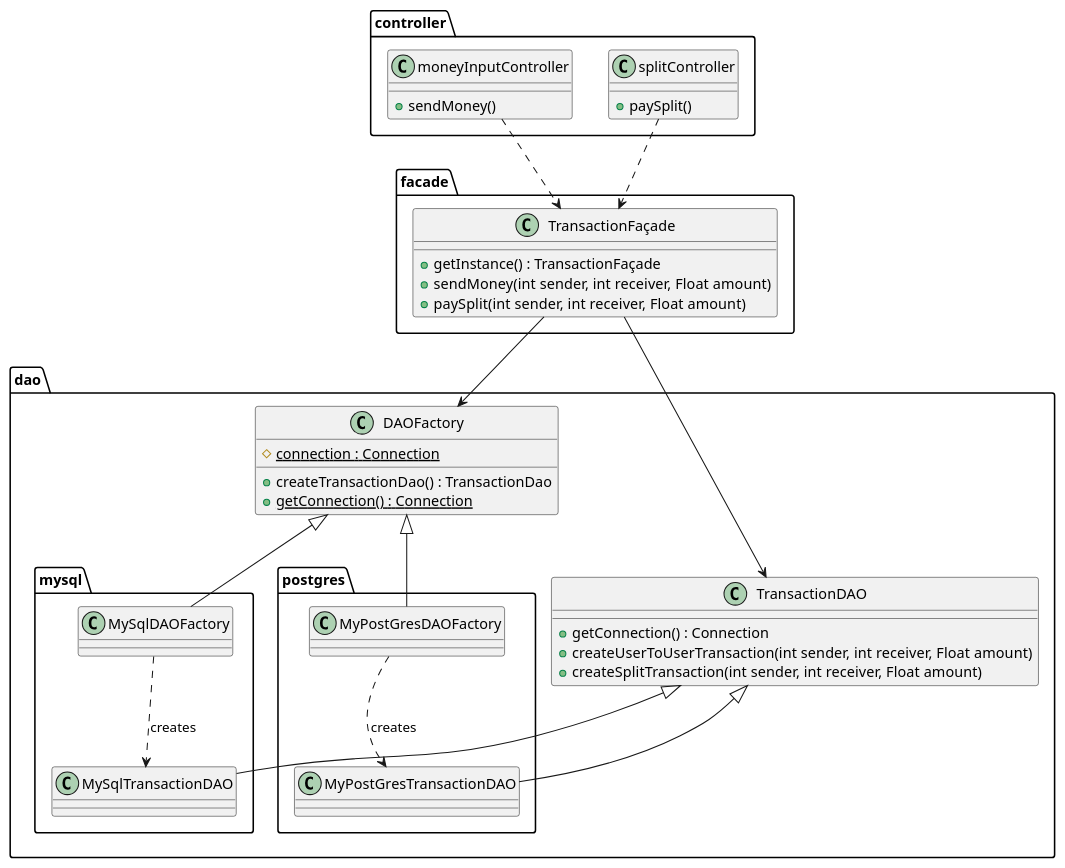
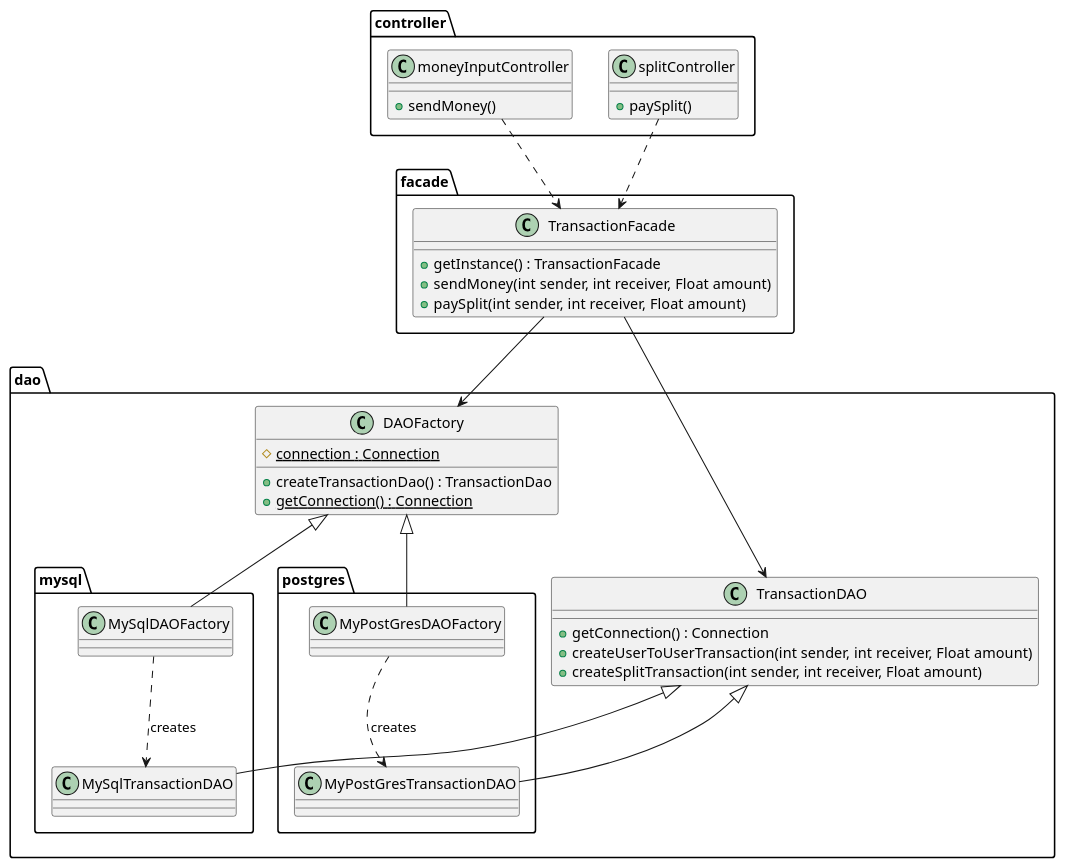
One commit to Julien-Wiegandt/SplitPay changed the diagram in documentation/software_design/make_payment/make_payment_class_diagram.puml. Above: the diagram before and after it, drawn with PlantUML. The commit also changed 4 other files, not shown here.

```diff
--- a/documentation/software_design/make_payment/make_payment_class_diagram.puml
+++ b/documentation/software_design/make_payment/make_payment_class_diagram.puml
@@ -1,57 +1,57 @@
 @startuml make_payment
 
 package controller <<Folder>> {
   class moneyInputController {
     +sendMoney()
   }
   class splitController {
     +paySplit()
   }
 }
 
 package facade <<Folder>> {
-  class TransactionFaçade {
-    +getInstance() : TransactionFaçade
+  class TransactionFacade {
+    +getInstance() : TransactionFacade
     +sendMoney(int sender, int receiver, Float amount)
     +paySplit(int sender, int receiver, Float amount)
   }
 }
 
 package dao <<Folder>> {
   class DAOFactory {
     #{static}connection : Connection
     +createTransactionDao() : TransactionDao
     +{static}getConnection() : Connection
   }
 
   package mysql <<Folder>> {
     class MySqlDAOFactory {}
     class MySqlTransactionDAO {}
     MySqlDAOFactory .down.> MySqlTransactionDAO : creates
   }
   
   package postgres <<Folder>> {
     class MyPostGresDAOFactory {}
     class MyPostGresTransactionDAO {}
     MyPostGresDAOFactory .down.> MyPostGresTransactionDAO : creates
   }
   class TransactionDAO {
     +getConnection() : Connection
     +createUserToUserTransaction(int sender, int receiver, Float amount)
     +createSplitTransaction(int sender, int receiver, Float amount)
   }
 
   DAOFactory <|-- MySqlDAOFactory
   DAOFactory <|-- MyPostGresDAOFactory    
   TransactionDAO <|-- MyPostGresTransactionDAO
   TransactionDAO <|-- MySqlTransactionDAO
 
 }
 
-moneyInputController .down.> TransactionFaçade
-splitController .down.> TransactionFaçade
+moneyInputController .down.> TransactionFacade
+splitController .down.> TransactionFacade
 
-TransactionFaçade -down-> DAOFactory
-TransactionFaçade --> TransactionDAO
+TransactionFacade -down-> DAOFactory
+TransactionFacade --> TransactionDAO
 
 @enduml
```
